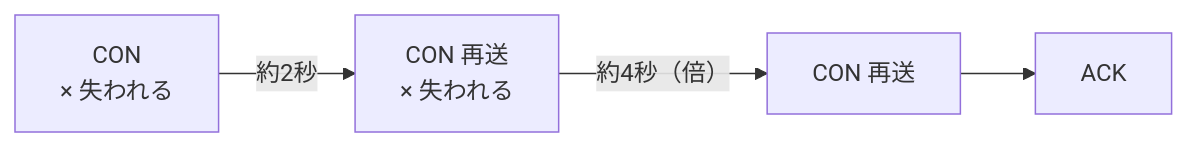
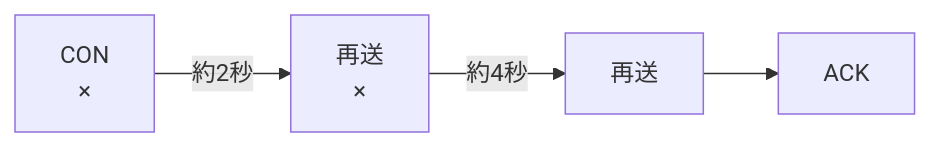
The seventh of 8 diagrams in network/protocol/iot.md (nnnaanaa/document), drawn with Mermaid before and after one commit. The commit also changed other lines of this file, not shown here.

Commit message:
IoT暗記シートのQoSとCoAPの再送の図のラベルを短くして横幅を収める

````diff
--- a/network/protocol/iot.md
+++ b/network/protocol/iot.md
@@ -196,4 +196,4 @@
 ```mermaid
 flowchart LR
-  c1["CON<br>× 失われる"] -- "約2秒" --> c2["CON 再送<br>× 失われる"] -- "約4秒（倍）" --> c3["CON 再送"] --> a["ACK"]
+  c1["CON<br>×"] -- "約2秒" --> c2["再送<br>×"] -- "約4秒" --> c3["再送"] --> a["ACK"]
 ```
````
